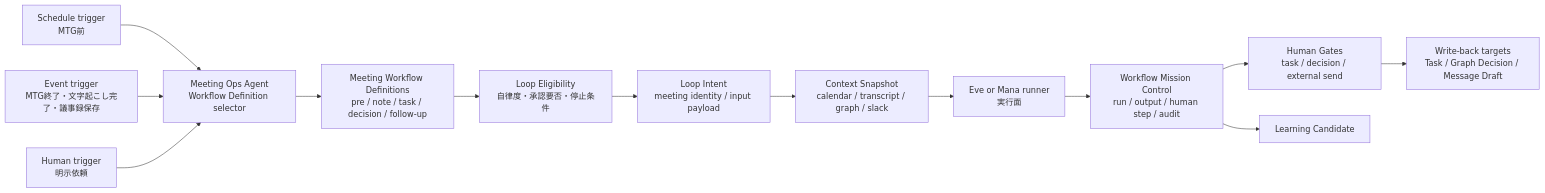
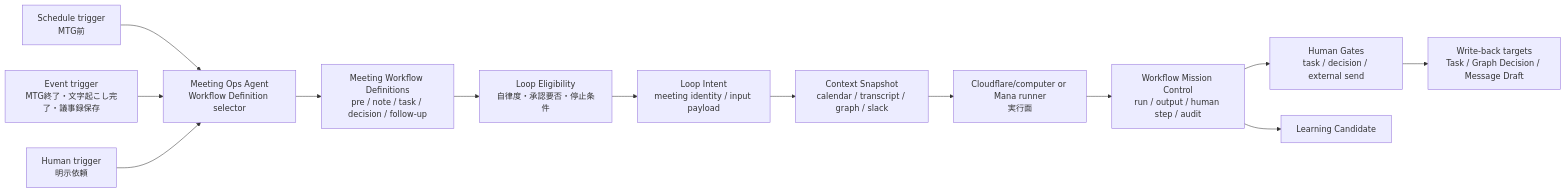
Before and after one commit to Unson-LLC/brainbase: the first of 2 diagrams in docs/architecture/mana-meeting-workflow-pack-architecture.md, drawn with Mermaid. The commit also changed other lines of this file and 103 other files, not shown here.

````diff
--- a/docs/architecture/mana-meeting-workflow-pack-architecture.md
+++ b/docs/architecture/mana-meeting-workflow-pack-architecture.md
@@ -7,29 +7,29 @@
 ```mermaid
 flowchart LR;
   schedule["Schedule trigger<br/>MTG前"];
   event["Event trigger<br/>MTG終了・文字起こし完了・議事録保存"];
   human["Human trigger<br/>明示依頼"];
   agent["Meeting Ops Agent<br/>Workflow Definition selector"];
   defs["Meeting Workflow Definitions<br/>pre / note / task / decision / follow-up"];
   eligibility["Loop Eligibility<br/>自律度・承認要否・停止条件"];
   intent["Loop Intent<br/>meeting identity / input payload"];
   context["Context Snapshot<br/>calendar / transcript / graph / slack"];
-  runner["Eve or Mana runner<br/>実行面"];
+  runner["Cloudflare/computer or Mana runner<br/>実行面"];
   wmc["Workflow Mission Control<br/>run / output / human step / audit"];
   gates["Human Gates<br/>task / decision / external send"];
   targets["Write-back targets<br/>Task / Graph Decision / Message Draft"];
   kg["Learning Candidate"];
 
   schedule --> agent;
   event --> agent;
   human --> agent;
   agent --> defs;
   defs --> eligibility;
   eligibility --> intent;
   intent --> context;
   context --> runner;
   runner --> wmc;
   wmc --> gates;
   gates --> targets;
   wmc --> kg;
 ```
````
